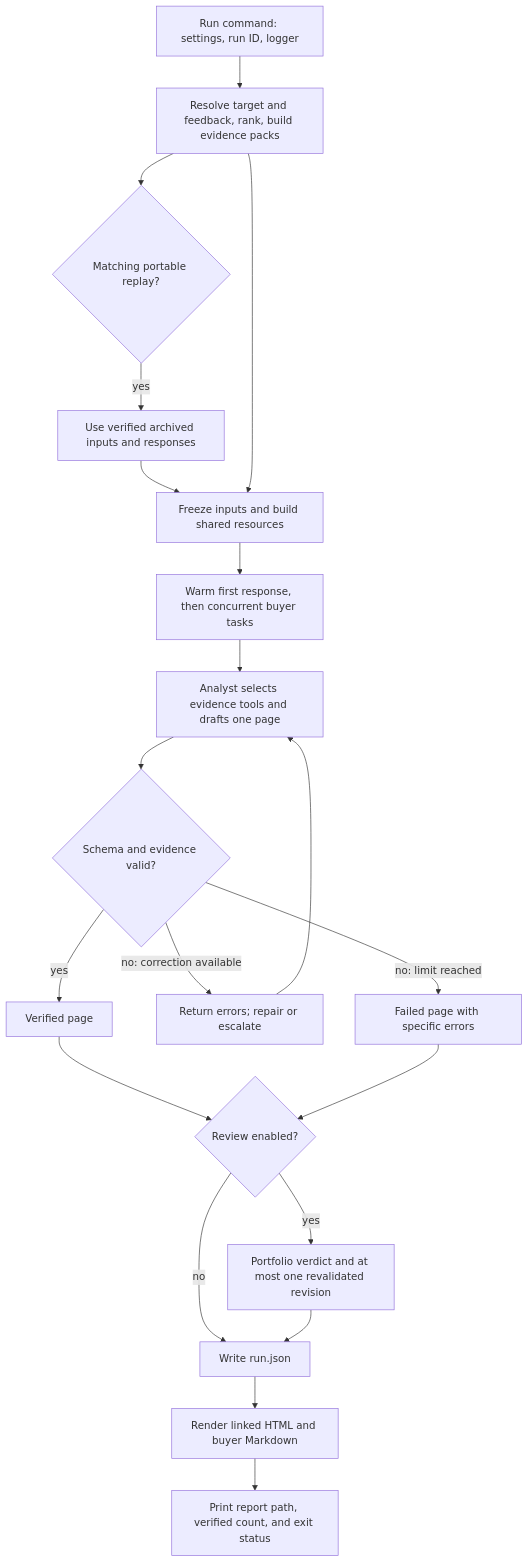
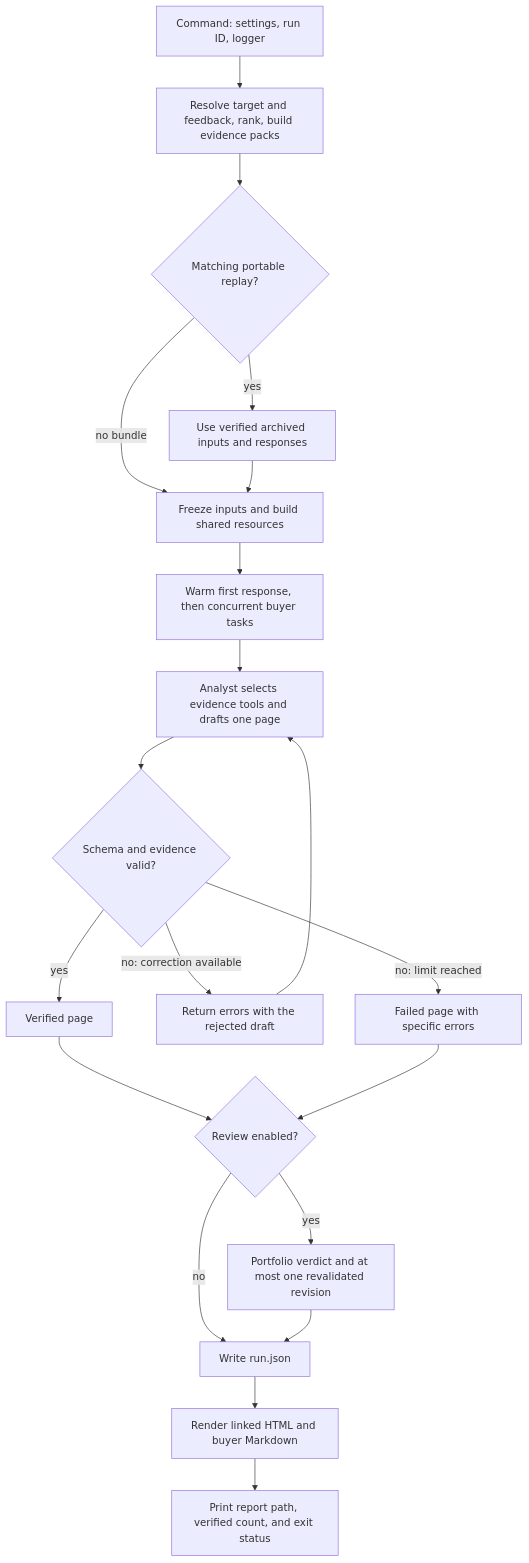
One commit to aleporin/ma-acquirer-engine changed the diagram in EXECUTION.md. Above: the diagram before and after it, drawn with Mermaid. The commit also changed other lines of this file and 3 other files, not shown here.

Commit message:
docs: map the consolidated execution flow

````diff
--- a/EXECUTION.md
+++ b/EXECUTION.md
@@ -8,22 +20,22 @@
 ```mermaid
 flowchart TD
-    CLI[Run command: settings, run ID, logger] --> PREP[Resolve target and feedback, rank, build evidence packs]
+    CLI[Command: settings, run ID, logger] --> PREP[Resolve target and feedback, rank, build evidence packs]
     PREP --> ARCHIVE{Matching portable replay?}
     ARCHIVE -->|yes| FROZEN[Use verified archived inputs and responses]
+    ARCHIVE -->|no bundle| SETUP[Freeze inputs and build shared resources]
     FROZEN --> SETUP
-    PREP --> SETUP[Freeze inputs and build shared resources]
     SETUP --> BATCH[Warm first response, then concurrent buyer tasks]
     BATCH --> DRAFT[Analyst selects evidence tools and drafts one page]
     DRAFT --> CHECK{Schema and evidence valid?}
     CHECK -->|yes| PAGE[Verified page]
-    CHECK -->|no: correction available| REPAIR[Return errors; repair or escalate]
+    CHECK -->|no: correction available| REPAIR[Return errors with the rejected draft]
     REPAIR --> DRAFT
     CHECK -->|no: limit reached| FAILED[Failed page with specific errors]
     PAGE --> REVIEW{Review enabled?}
     FAILED --> REVIEW
     REVIEW -->|yes| VERDICT[Portfolio verdict and at most one revalidated revision]
     REVIEW -->|no| SAVE[Write run.json]
     VERDICT --> SAVE
     SAVE --> REPORT[Render linked HTML and buyer Markdown]
     REPORT --> EXIT[Print report path, verified count, and exit status]
 ```
````
